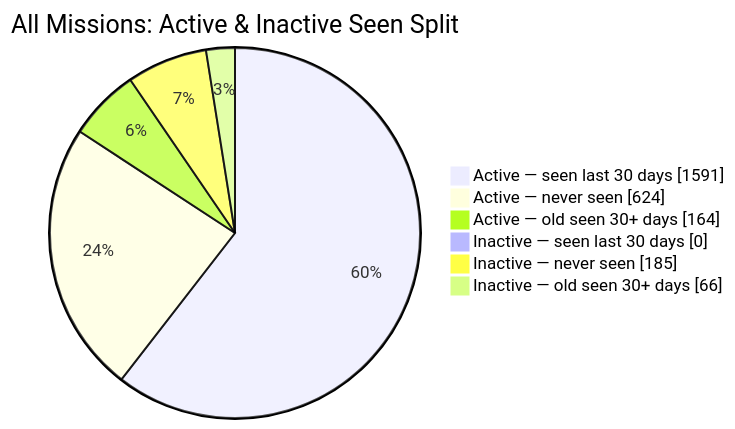
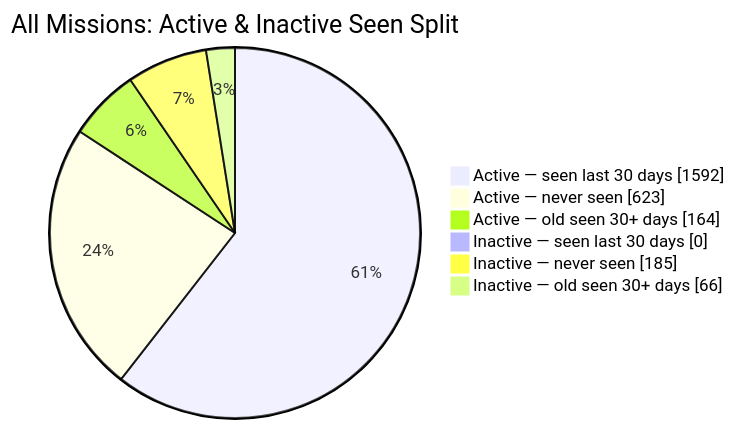
One commit to MeldkamerspelGameTeam/active-missions changed the second of 2 diagrams in README.md. Above: the diagram before and after it, drawn with Mermaid. The commit also changed other lines of this file and 3 other files, not shown here.

````diff
--- a/README.md
+++ b/README.md
@@ -44,10 +44,10 @@
 ```mermaid
 pie showData
     title All Missions: Active & Inactive Seen Split
-    "Active — seen last 30 days" : 1591
-    "Active — never seen" : 624
+    "Active — seen last 30 days" : 1592
+    "Active — never seen" : 623
     "Active — old seen 30+ days" : 164
     "Inactive — seen last 30 days" : 0
     "Inactive — never seen" : 185
     "Inactive — old seen 30+ days" : 66
 ```
````
